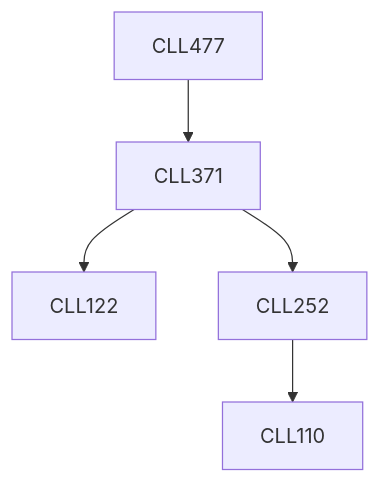
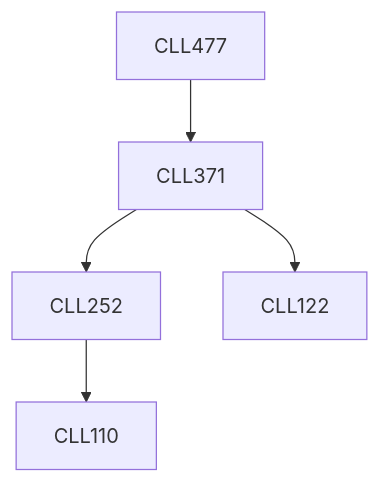
The diagram in content/Chemical Engineering/CLL477.md (KeshavBansal0122/CoS_Website), drawn with Mermaid before and after one commit. The commit also changed other lines of this file and 2662 other files, not shown here.

````diff
--- a/content/Chemical Engineering/CLL477.md
+++ b/content/Chemical Engineering/CLL477.md
@@ -13,11 +13,11 @@
 ```mermaid
 flowchart TD
 CLL477-125[CLL477]
+CLL371-125 --> CLL252-125[CLL252]
+CLL477-125 --> CLL371-125[CLL371]
+CLL252-125 --> CLL110-125[CLL110]
 CLL371-125 --> CLL122-125[CLL122]
-CLL477-125 --> CLL371-125[CLL371]
-CLL371-125 --> CLL252-125[CLL252]
-CLL252-125 --> CLL110-125[CLL110]
 
 classDef empty height:17px, fill:transparent, stroke:transparent;
 classDef trueEmpty height:0px, width:0px;
 ```
````
